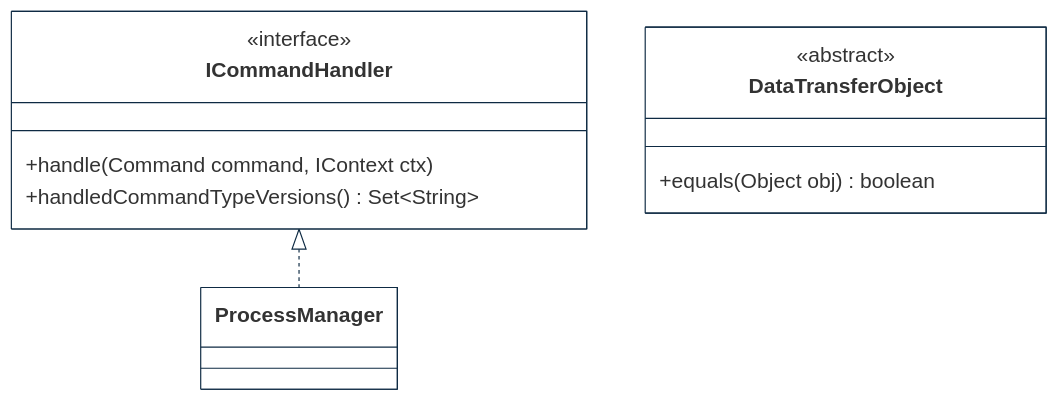
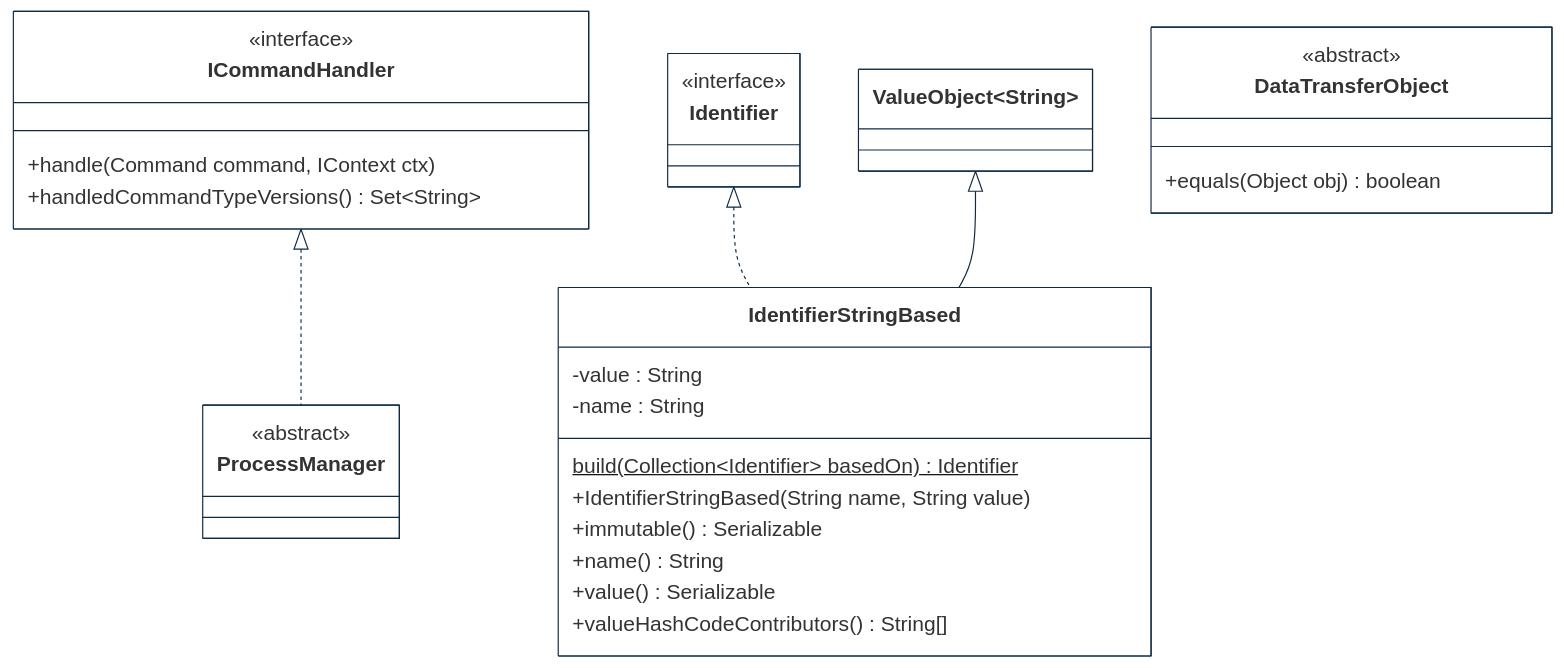
The second of 7 diagrams in implementations-line/framework/domain/designview-packages.md (cybnity/foundation), drawn with Mermaid before and after one commit.

````diff
--- a/implementations-line/framework/domain/designview-packages.md
+++ b/implementations-line/framework/domain/designview-packages.md
@@ -90,32 +90,50 @@
 ```mermaid
 %%{
   init: {
     'theme': 'base',
     'themeVariables': {
         'background': '#ffffff',
         'fontFamily': 'arial',
         'fontSize': '18px',
         'primaryColor': '#fff',
         'primaryBorderColor': '#0e2a43',
         'secondaryBorderColor': '#0e2a43',
         'tertiaryBorderColor': '#0e2a43',
         'edgeLabelBackground':'#0e2a43',
         'lineColor': '#0e2a43',
         'tertiaryColor': '#fff'
     }
   }
 }%%
 classDiagram
     ICommandHandler <|.. ProcessManager
+    Identifier <|.. IdentifierStringBased
+    ValueObject~String~ <|-- IdentifierStringBased
 
     class ICommandHandler {
         <<interface>>
         +handle(Command command, IContext ctx)
         +handledCommandTypeVersions() Set~String~
     }
     class DataTransferObject {
         <<abstract>>
         +equals(Object obj) boolean
     }
+    class ProcessManager {
+        <<abstract>>
+    }
+    class Identifier {
+        <<interface>>
+    }
+    class IdentifierStringBased {
+        -value : String
+        -name : String
+        build(Collection~Identifier~ basedOn)$ Identifier
+        +IdentifierStringBased(String name, String value)
+        +immutable() Serializable
+        +name() String
+        +value() Serializable
+        +valueHashCodeContributors() String[]
+    }
 
 ```
````
